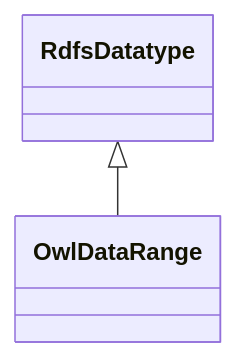
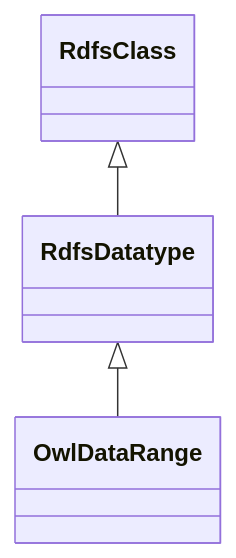
One commit to frink-okn/graph-descriptions changed the diagram in sawgraph-kg/classes/RdfsDatatype.md. Above: the diagram before and after it, drawn with Mermaid. The commit also changed other lines of this file and 542 other files, not shown here.

````diff
--- a/sawgraph-kg/classes/RdfsDatatype.md
+++ b/sawgraph-kg/classes/RdfsDatatype.md
@@ -23,9 +21,14 @@
 ```mermaid
  classDiagram
     class RdfsDatatype
     click RdfsDatatype href "../RdfsDatatype"
+      RdfsClass <|-- RdfsDatatype
+        click RdfsClass href "../RdfsClass"
+      
+
       RdfsDatatype <|-- OwlDataRange
         click OwlDataRange href "../OwlDataRange"
       
       
+      
 ```
````
